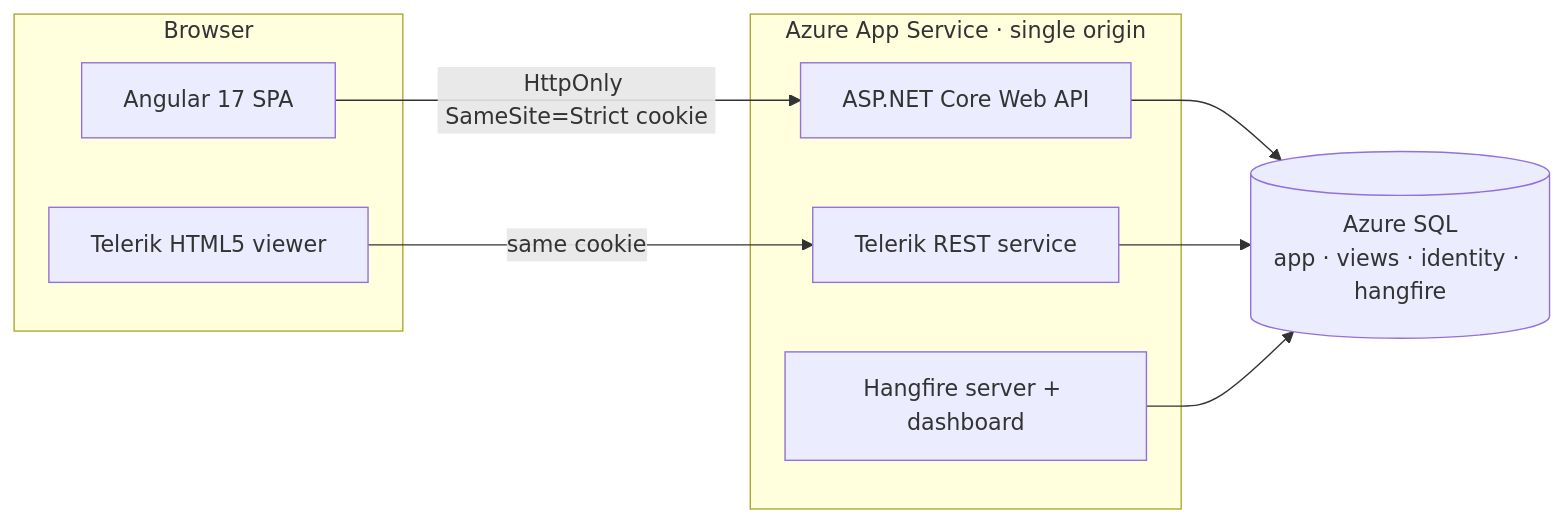
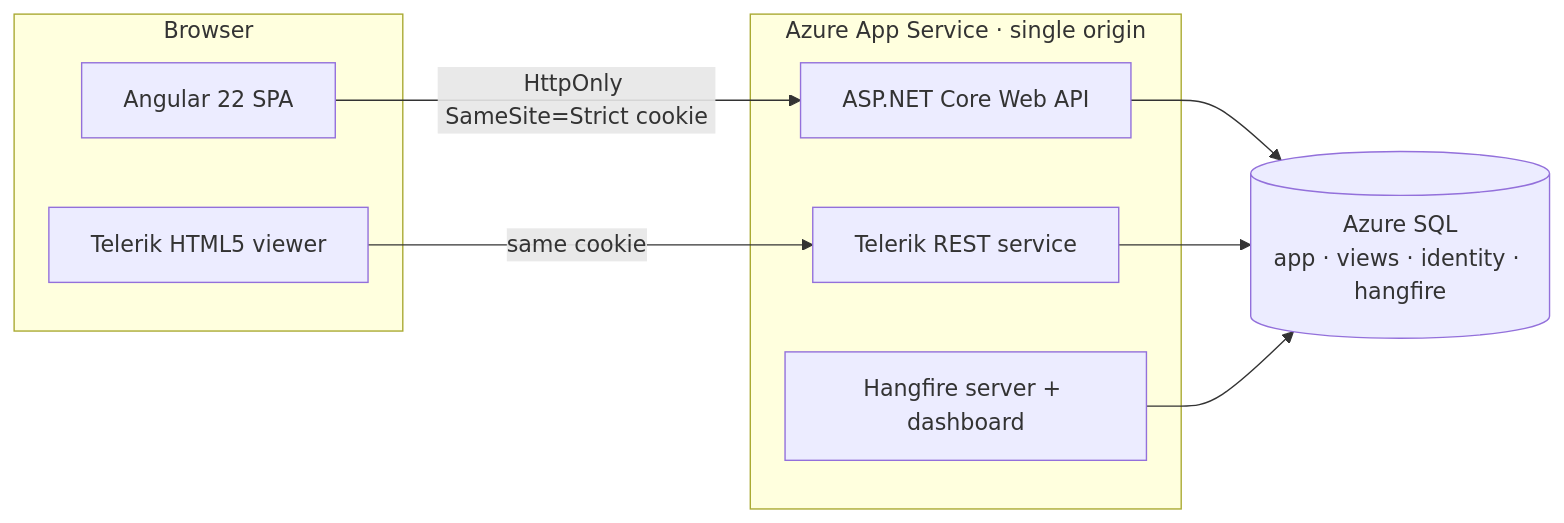
The second of 4 diagrams in README.md (Akhilesh-Vangala/accrue), drawn with Mermaid before and after one commit. The commit also changed other lines of this file and 2 other files, not shown here.

First line of the commit message:
Add an MIT license and update docs and pipeline for .NET 10 and Angular 22.

````diff
--- a/README.md
+++ b/README.md
@@ -95,19 +95,19 @@
 ```mermaid
 flowchart LR
     subgraph Browser
-        SPA["Angular 17 SPA"]
+        SPA["Angular 22 SPA"]
         Viewer["Telerik HTML5 viewer"]
     end
     subgraph AppService["Azure App Service · single origin"]
         API["ASP.NET Core Web API"]
         TRS["Telerik REST service"]
         HF["Hangfire server + dashboard"]
     end
     SQL[("Azure SQL<br/>app · views · identity · hangfire")]
 
     SPA -- "HttpOnly SameSite=Strict cookie" --> API
     Viewer -- "same cookie" --> TRS
     API --> SQL
     TRS --> SQL
     HF --> SQL
 ```
````
